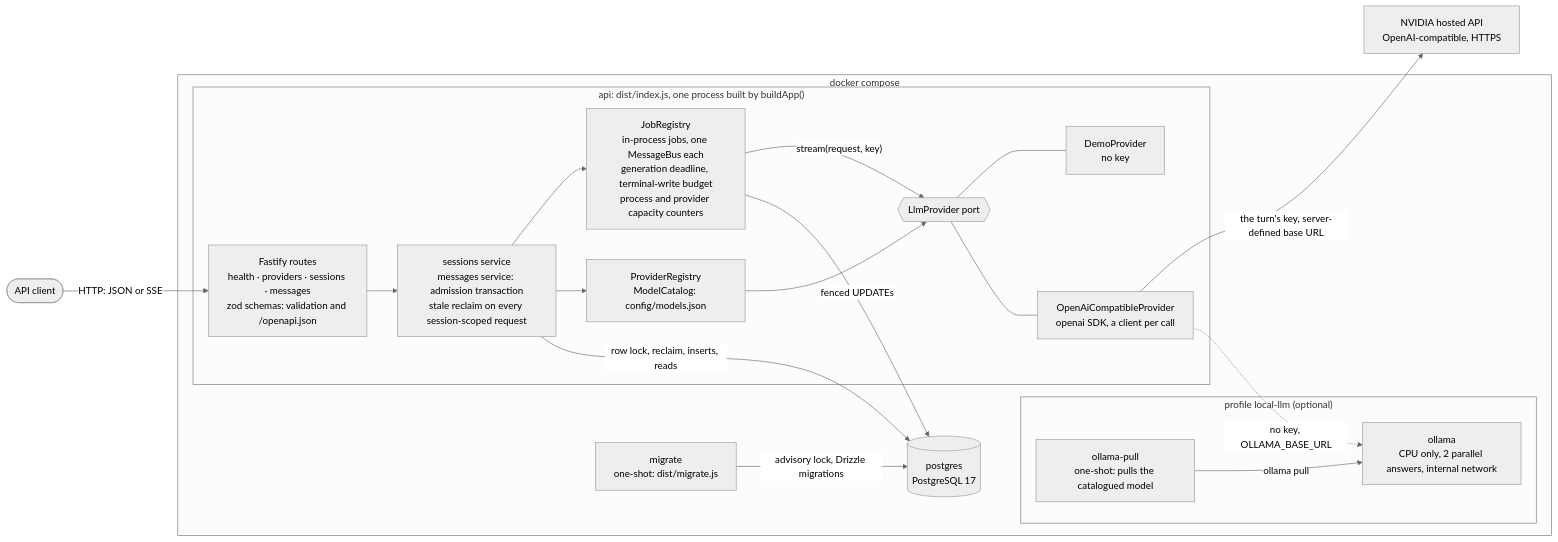
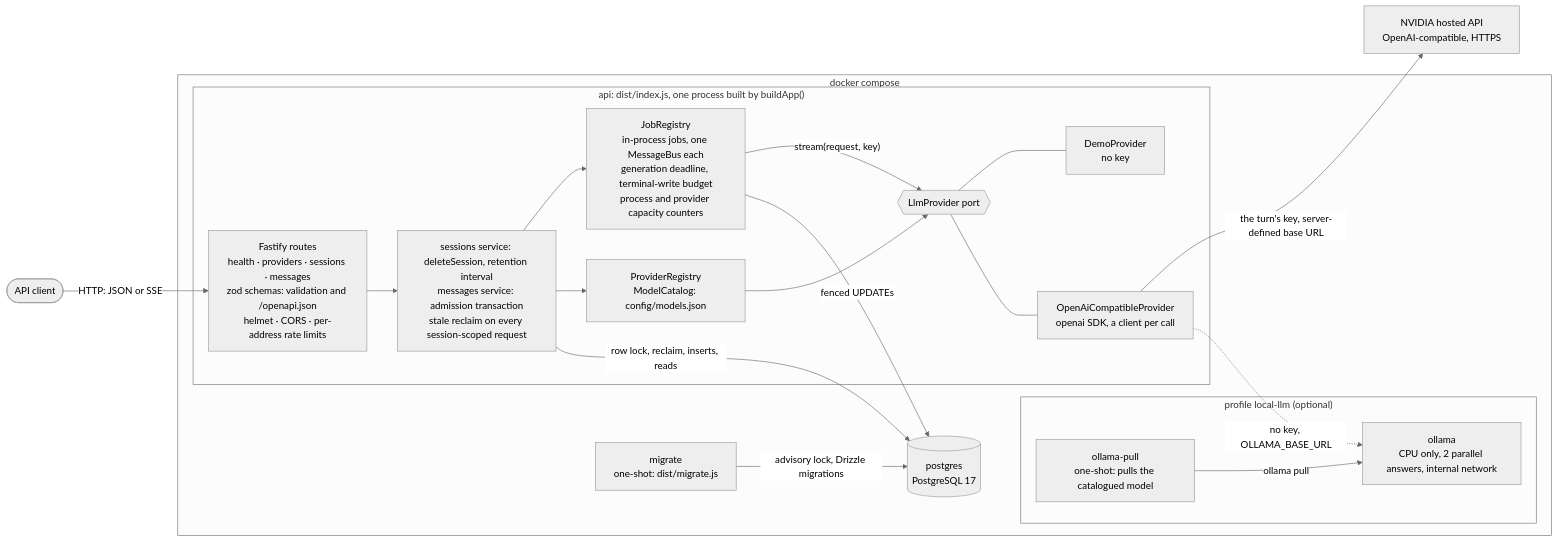
Before and after one commit to shaun0457/llm-chat-backend: the diagram in README.md, drawn with Mermaid (neutral theme). The commit also changed other lines of this file and 1 other file, not shown here.

Commit message:
docs: add security considerations and data retention, and document the new limits

````diff
--- a/README.md
+++ b/README.md
@@ -227,38 +237,38 @@
 ```mermaid
 flowchart LR
   client(["API client"])
   nvidia["NVIDIA hosted API<br/>OpenAI-compatible, HTTPS"]
 
   subgraph compose["docker compose"]
     migrate["migrate<br/>one-shot: dist/migrate.js"]
     postgres[("postgres<br/>PostgreSQL 17")]
     subgraph localllm["profile local-llm (optional)"]
       ollamaPull["ollama-pull<br/>one-shot: pulls the catalogued model"]
       ollama["ollama<br/>CPU only, 2 parallel answers, internal network"]
     end
     subgraph api["api: dist/index.js, one process built by buildApp()"]
-      routes["Fastify routes<br/>health · providers · sessions · messages<br/>zod schemas: validation and /openapi.json"]
-      services["sessions service<br/>messages service: admission transaction<br/>stale reclaim on every session-scoped request"]
+      routes["Fastify routes<br/>health · providers · sessions · messages<br/>zod schemas: validation and /openapi.json<br/>helmet · CORS · per-address rate limits"]
+      services["sessions service: deleteSession, retention interval<br/>messages service: admission transaction<br/>stale reclaim on every session-scoped request"]
       jobs["JobRegistry<br/>in-process jobs, one MessageBus each<br/>generation deadline, terminal-write budget<br/>process and provider capacity counters"]
       registry["ProviderRegistry<br/>ModelCatalog: config/models.json"]
       port{{"LlmProvider port"}}
       demo["DemoProvider<br/>no key"]
       openai["OpenAiCompatibleProvider<br/>openai SDK, a client per call"]
     end
   end
 
   client -- "HTTP: JSON or SSE" --> routes
   routes --> services
   services --> jobs
   services --> registry
   registry --> port
   jobs -- "stream(request, key)" --> port
   port --- demo
   port --- openai
   openai -- "the turn's key, server-defined base URL" --> nvidia
   openai -. "no key, OLLAMA_BASE_URL" .-> ollama
   ollamaPull -- "ollama pull" --> ollama
   migrate -- "advisory lock, Drizzle migrations" --> postgres
   services -- "row lock, reclaim, inserts, reads" --> postgres
   jobs -- "fenced UPDATEs" --> postgres
 ```
````
